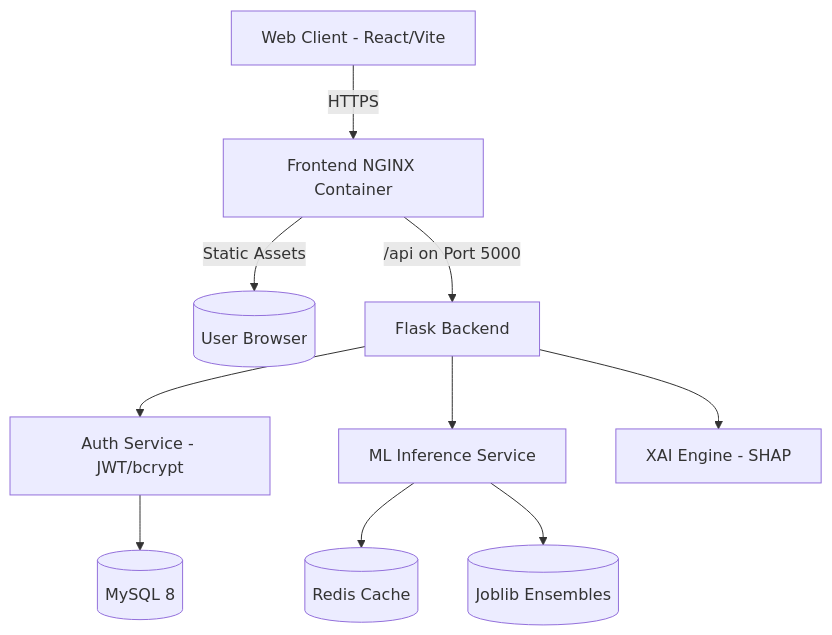
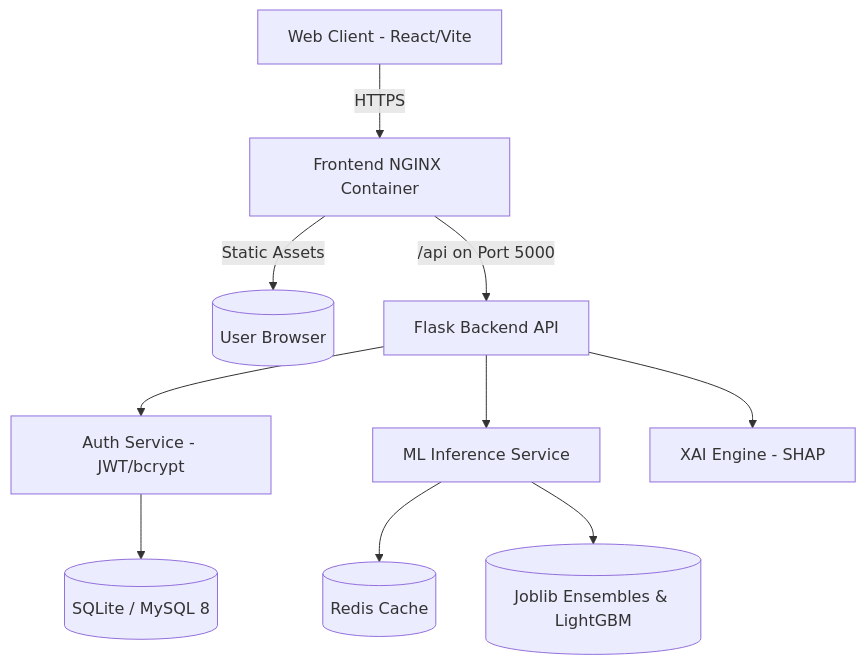
Before and after one commit to jajula-pushyami-sai/credit-card-fraud-detection: the diagram in README.md, drawn with Mermaid. The commit also changed other lines of this file and 5 other files, not shown here.

````diff
--- a/README.md
+++ b/README.md
@@ -50,13 +57,13 @@
 ```mermaid
 graph TD
     Client[Web Client - React/Vite] -->|HTTPS| Frontend[Frontend NGINX Container]
     Frontend -->|Static Assets| Browser[(User Browser)]
-    Frontend -->|/api on Port 5000| Gateway[Flask Backend]
+    Frontend -->|/api on Port 5000| Gateway[Flask Backend API]
     Gateway --> Auth[Auth Service - JWT/bcrypt]
     Gateway --> Inference[ML Inference Service]
     Gateway --> Explain[XAI Engine - SHAP]
     
     Inference --> Redis[(Redis Cache)]
-    Auth --> MySQL[(MySQL 8)]
-    Inference --> Model[(Joblib Ensembles)]
+    Auth --> DB[(SQLite / MySQL 8)]
+    Inference --> Model[(Joblib Ensembles & LightGBM)]
 ```
````
